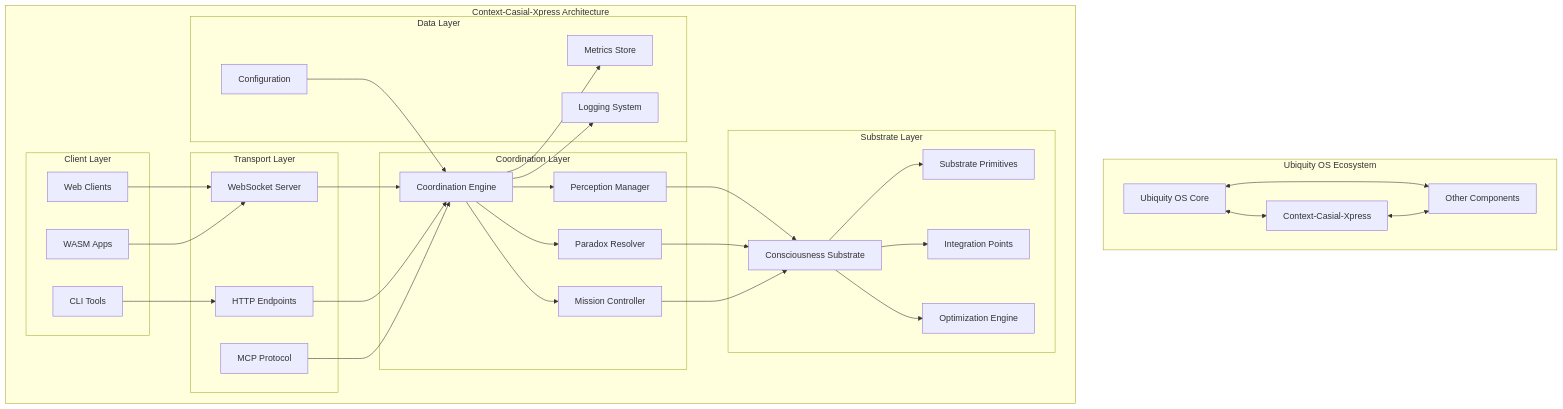
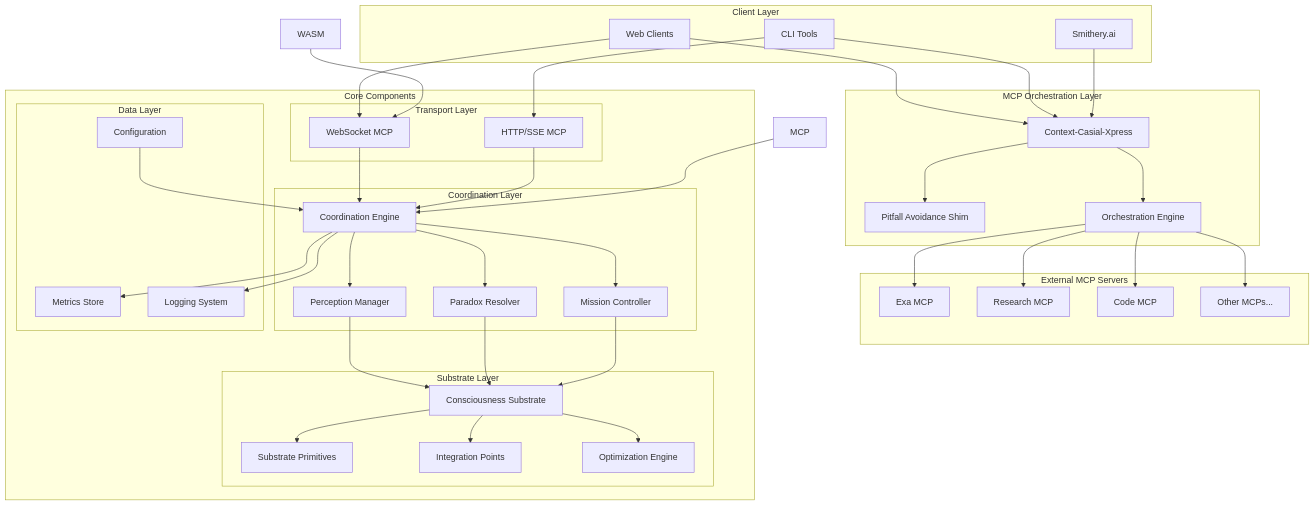
One commit to prompted365/context-casial-xpress changed the first of 6 diagrams in docs/README.md. Above: the diagram before and after it, drawn with Mermaid. The commit also changed other lines of this file and 8 other files, not shown here.

First line of the commit message:
Add MCP orchestration framework and global pitfall avoidance shim

````diff
--- a/docs/README.md
+++ b/docs/README.md
@@ -23,70 +25,78 @@
 ```mermaid
 graph TB
-    subgraph "Ubiquity OS Ecosystem"
-        UOS[Ubiquity OS Core]
+    subgraph "MCP Orchestration Layer"
         CCX[Context-Casial-Xpress]
-        OTHER[Other Components]
+        SHIM[Pitfall Avoidance Shim]
+        ORCH[Orchestration Engine]
         
-        UOS <--> CCX
-        UOS <--> OTHER
-        CCX <--> OTHER
+        CCX --> SHIM
+        CCX --> ORCH
     end
     
-    subgraph "Context-Casial-Xpress Architecture"
-        subgraph "Client Layer"
-            WEB[Web Clients]
-            CLI[CLI Tools]
-            WASM[WASM Apps]
-        end
-        
+    subgraph "External MCP Servers"
+        MCP1[Exa MCP]
+        MCP2[Research MCP]
+        MCP3[Code MCP]
+        MCPN[Other MCPs...]
+    end
+    
+    subgraph "Client Layer"
+        WEB[Web Clients]
+        CLI[CLI Tools]
+        SMITH[Smithery.ai]
+    end
+    
+    WEB & CLI & SMITH --> CCX
+    ORCH --> MCP1 & MCP2 & MCP3 & MCPN
+    
+    subgraph "Core Components"
         subgraph "Transport Layer"
-            WS[WebSocket Server]
-            HTTP[HTTP Endpoints]
-            MCP[MCP Protocol]
+            WS[WebSocket MCP]
+            HTTP[HTTP/SSE MCP]
         end
         
         subgraph "Coordination Layer"
             COORD[Coordination Engine]
             PERC[Perception Manager]
             PAR[Paradox Resolver]
             MISS[Mission Controller]
         end
         
         subgraph "Substrate Layer"
             CONS[Consciousness Substrate]
             PRIM[Substrate Primitives]
             INT[Integration Points]
             OPT[Optimization Engine]
         end
         
         subgraph "Data Layer"
             MET[Metrics Store]
             CONF[Configuration]
             LOG[Logging System]
         end
     end
     
     WEB --> WS
     CLI --> HTTP
     WASM --> WS
     
     WS --> COORD
     HTTP --> COORD
     MCP --> COORD
     
     COORD --> PERC
     COORD --> PAR
     COORD --> MISS
     
     PERC --> CONS
     PAR --> CONS
     MISS --> CONS
     
     CONS --> PRIM
     CONS --> INT
     CONS --> OPT
     
     COORD --> MET
     COORD --> LOG
     CONF --> COORD
 ```
````
